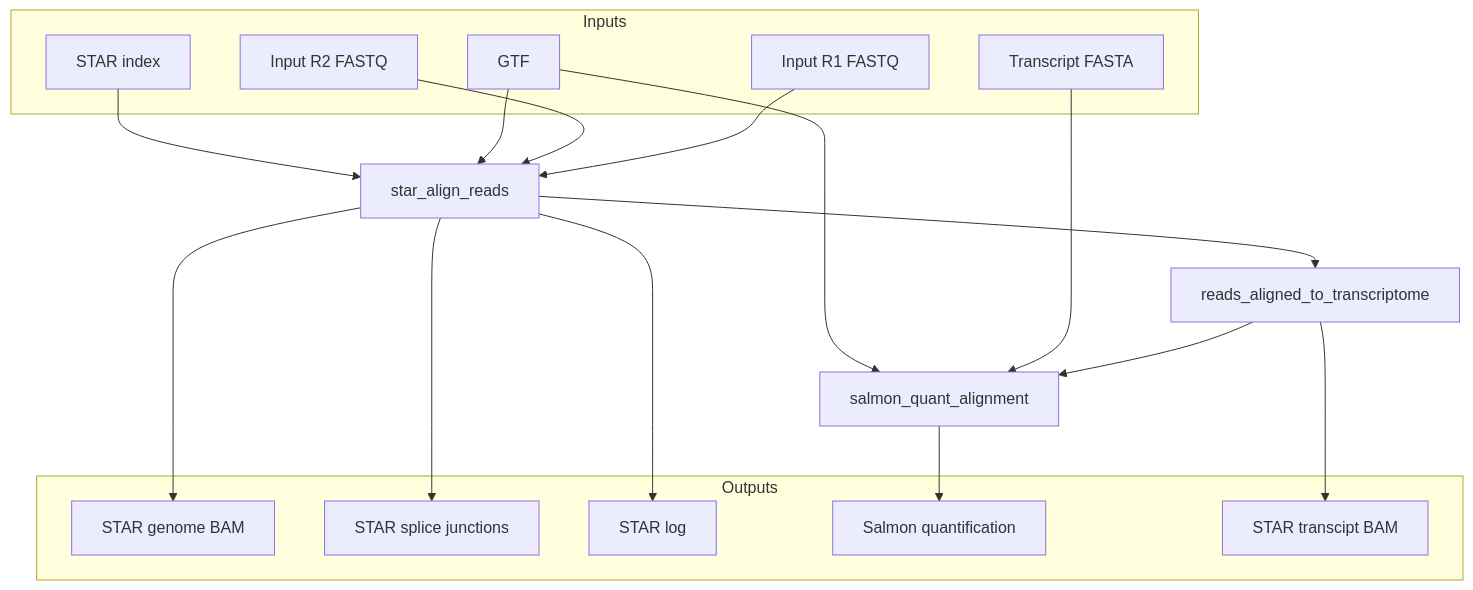
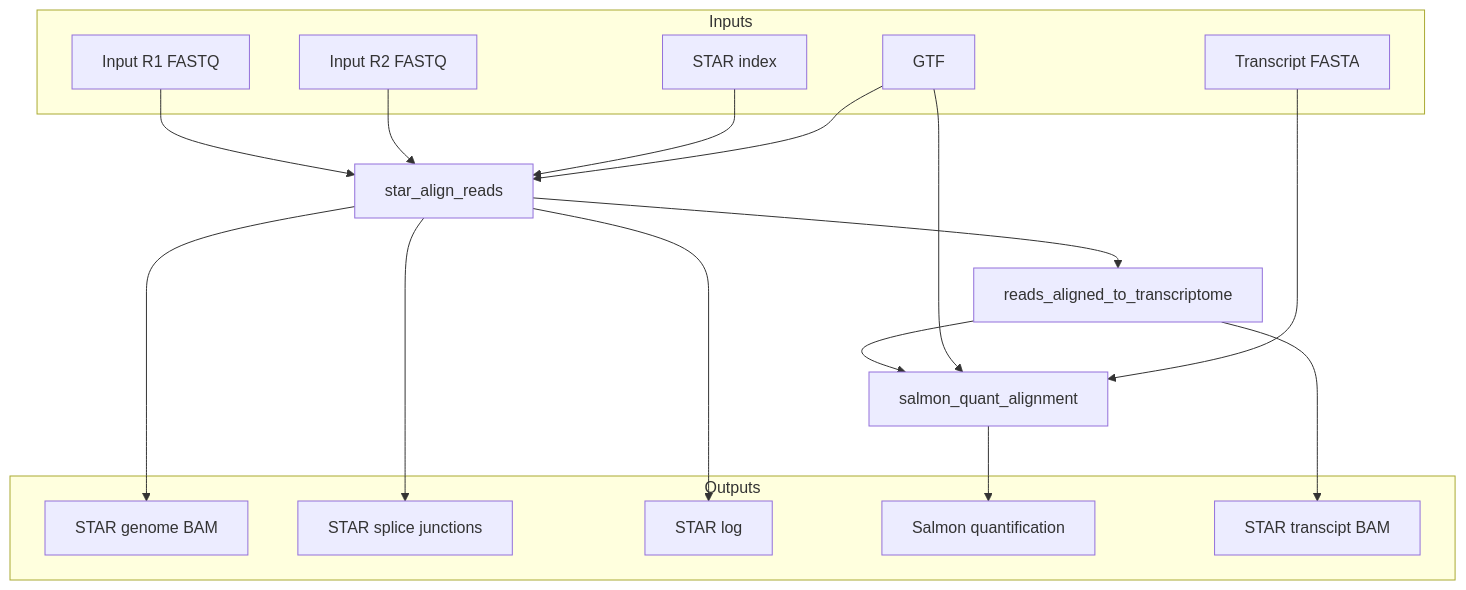
One commit to viash-hub/rnaseq changed the fourth of 4 diagrams in README.md. Above: the diagram before and after it, drawn with Mermaid. The commit also changed 1 other file, not shown here.

Commit message:
Tidy alignment_quanitification diagram

````diff
--- a/README.md
+++ b/README.md
@@ -148,31 +148,31 @@
 ``` mermaid
 flowchart TB
 
   subgraph inputs[Inputs]
     input_r1[Input R1 FASTQ]
     input_r2[Input R2 FASTQ]
     input_transcript_fasta[Transcript FASTA]
     input_gtf[GTF]
     input_star_genome_dir[STAR index]
   end
 
-  input_r1 & input_r2 & input_gtf & input_star_genome_dir -->
+  input_r1 & input_r2 & input_star_genome_dir  & input_gtf -->
     star_align_reads -->
     output_star_bam_genome & reads_aligned_to_transcriptome & output_star_junctions & output_star_log
 
-  reads_aligned_to_transcriptome & input_transcript_fasta & input_gtf -->
+  reads_aligned_to_transcriptome & input_gtf & input_transcript_fasta -->
     salmon_quant_alignment  -->
     output_salmon
 
   reads_aligned_to_transcriptome --> output_star_bam_transcriptome
 
   subgraph outputs[Outputs]
     output_star_bam_genome[STAR genome BAM]
-    output_star_bam_transcriptome[STAR transcipt BAM]
     output_star_junctions[STAR splice junctions]
     output_star_log[STAR log]
+    output_star_bam_transcriptome[STAR transcipt BAM]
     output_salmon[Salmon quantification]
   end
 
   classDef info stroke-dasharray: 4 4
 ```
````
